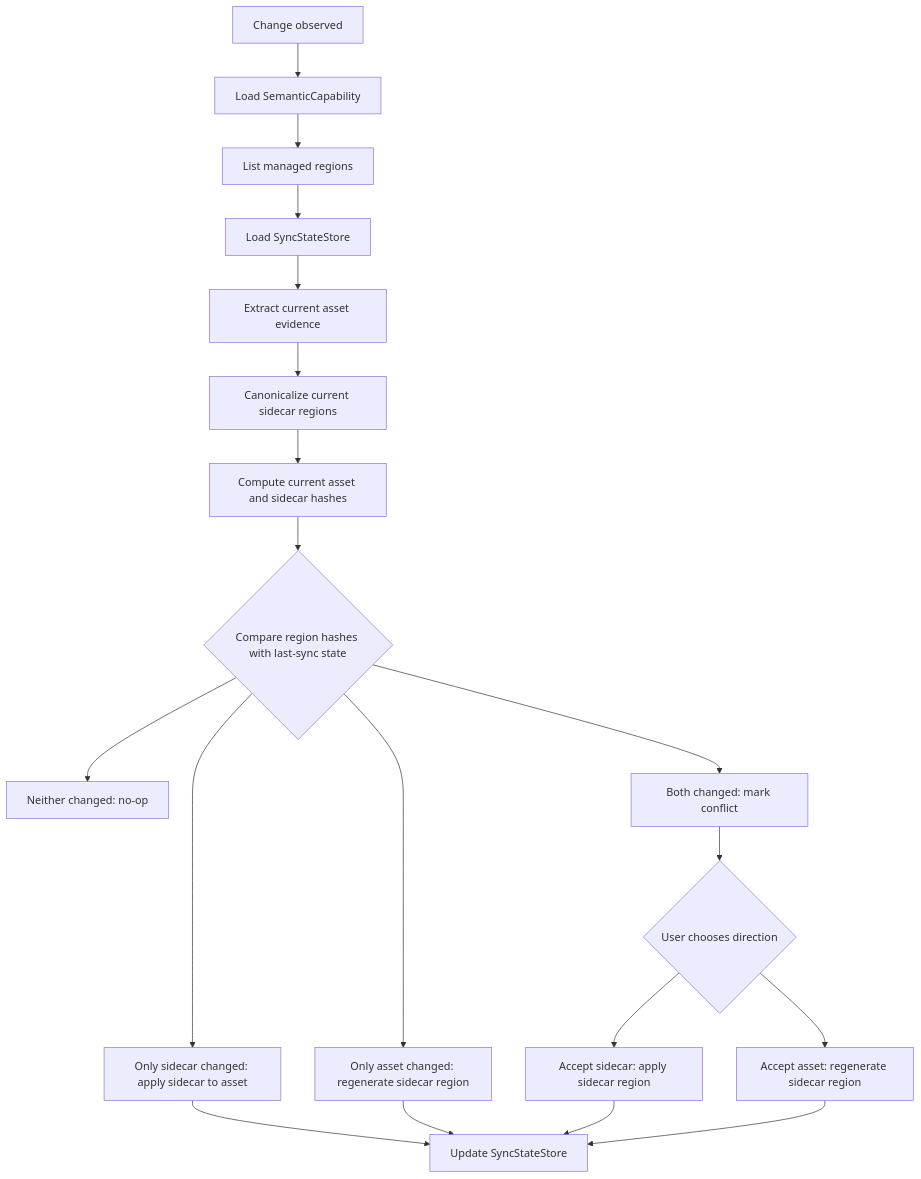
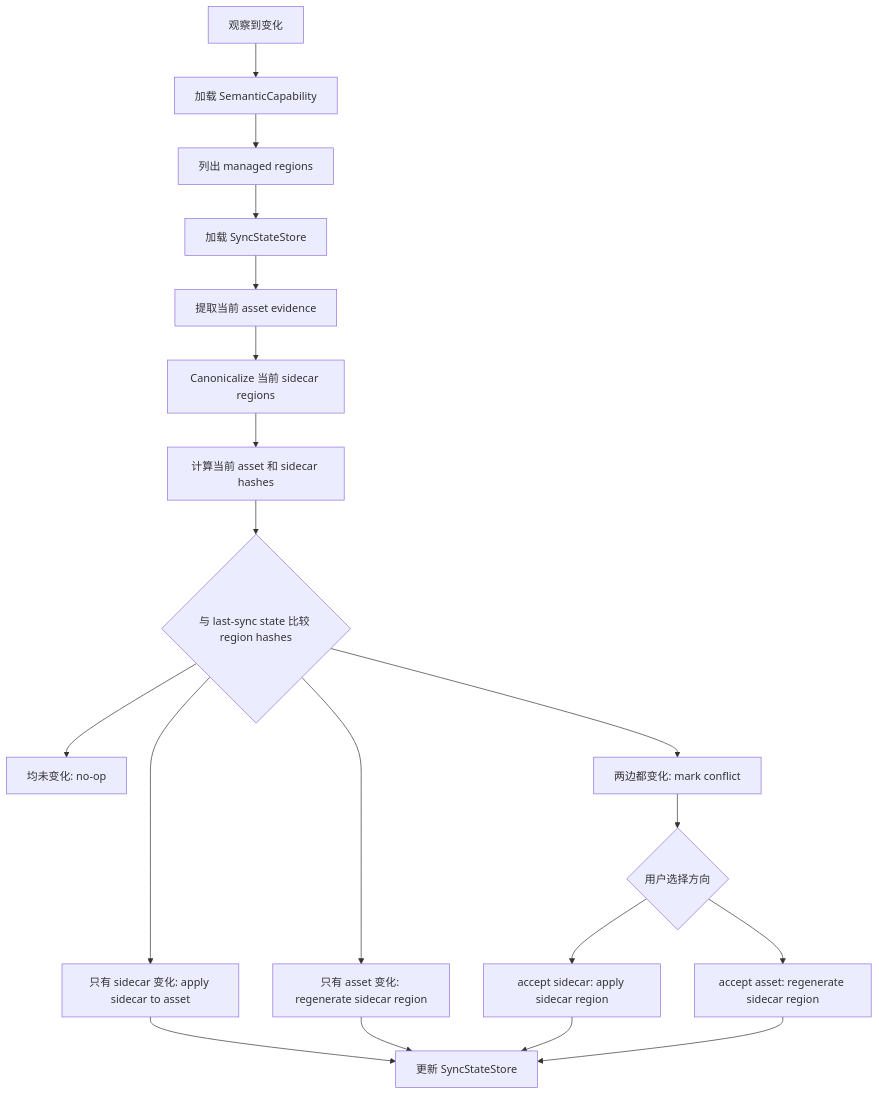
One commit to oscarrr112/UECopilot changed the second of 3 diagrams in docs/superpowers/specs/2026-06-13-asset-document-bidirectional-delta-sidecar-goal.md. Above: the diagram before and after it, drawn with Mermaid. The commit also changed other lines of this file, not shown here.

Commit message:
docs(assetdoc): localize sidecar architecture spec

````diff
--- a/docs/superpowers/specs/2026-06-13-asset-document-bidirectional-delta-sidecar-goal.md
+++ b/docs/superpowers/specs/2026-06-13-asset-document-bidirectional-delta-sidecar-goal.md
@@ -199,21 +199,21 @@
 ```mermaid
 flowchart TD
-    A["Change observed"] --> B["Load SemanticCapability"]
-    B --> C["List managed regions"]
-    C --> D["Load SyncStateStore"]
-    D --> E["Extract current asset evidence"]
-    E --> F["Canonicalize current sidecar regions"]
-    F --> G["Compute current asset and sidecar hashes"]
-    G --> H{"Compare region hashes with last-sync state"}
-    H --> I["Neither changed: no-op"]
-    H --> J["Only sidecar changed: apply sidecar to asset"]
-    H --> K["Only asset changed: regenerate sidecar region"]
-    H --> L["Both changed: mark conflict"]
-    L --> M{"User chooses direction"}
-    M --> N["Accept sidecar: apply sidecar region"]
-    M --> O["Accept asset: regenerate sidecar region"]
-    J --> P["Update SyncStateStore"]
+    A["观察到变化"] --> B["加载 SemanticCapability"]
+    B --> C["列出 managed regions"]
+    C --> D["加载 SyncStateStore"]
+    D --> E["提取当前 asset evidence"]
+    E --> F["Canonicalize 当前 sidecar regions"]
+    F --> G["计算当前 asset 和 sidecar hashes"]
+    G --> H{"与 last-sync state 比较 region hashes"}
+    H --> I["均未变化: no-op"]
+    H --> J["只有 sidecar 变化: apply sidecar to asset"]
+    H --> K["只有 asset 变化: regenerate sidecar region"]
+    H --> L["两边都变化: mark conflict"]
+    L --> M{"用户选择方向"}
+    M --> N["accept sidecar: apply sidecar region"]
+    M --> O["accept asset: regenerate sidecar region"]
+    J --> P["更新 SyncStateStore"]
     K --> P
     N --> P
     O --> P
 ```
````
